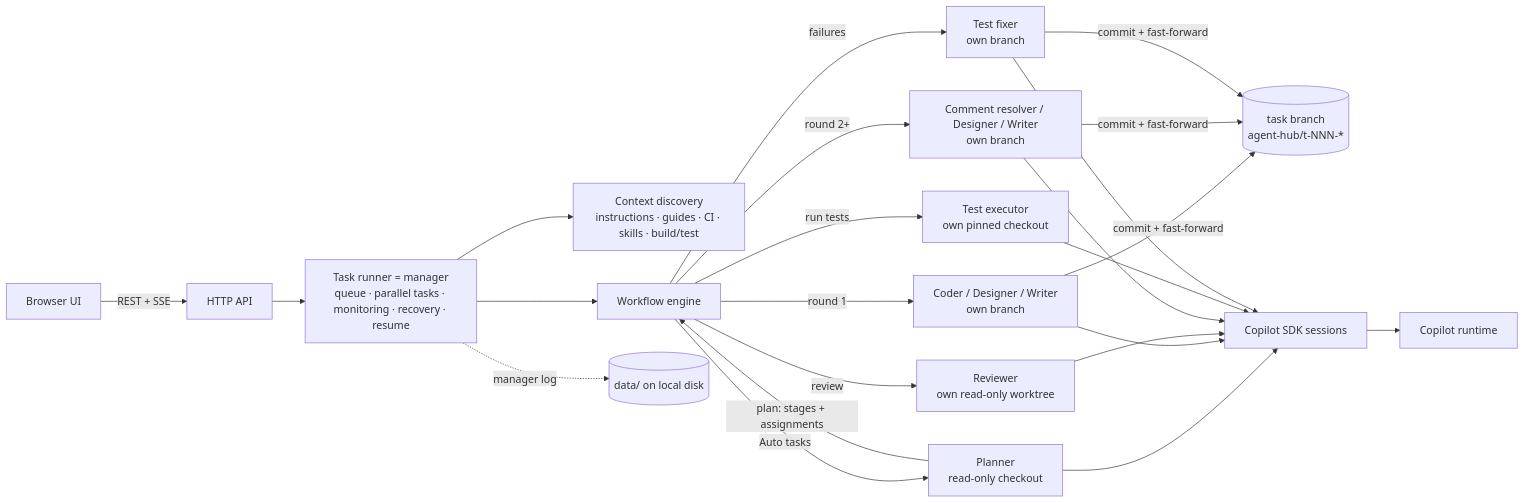
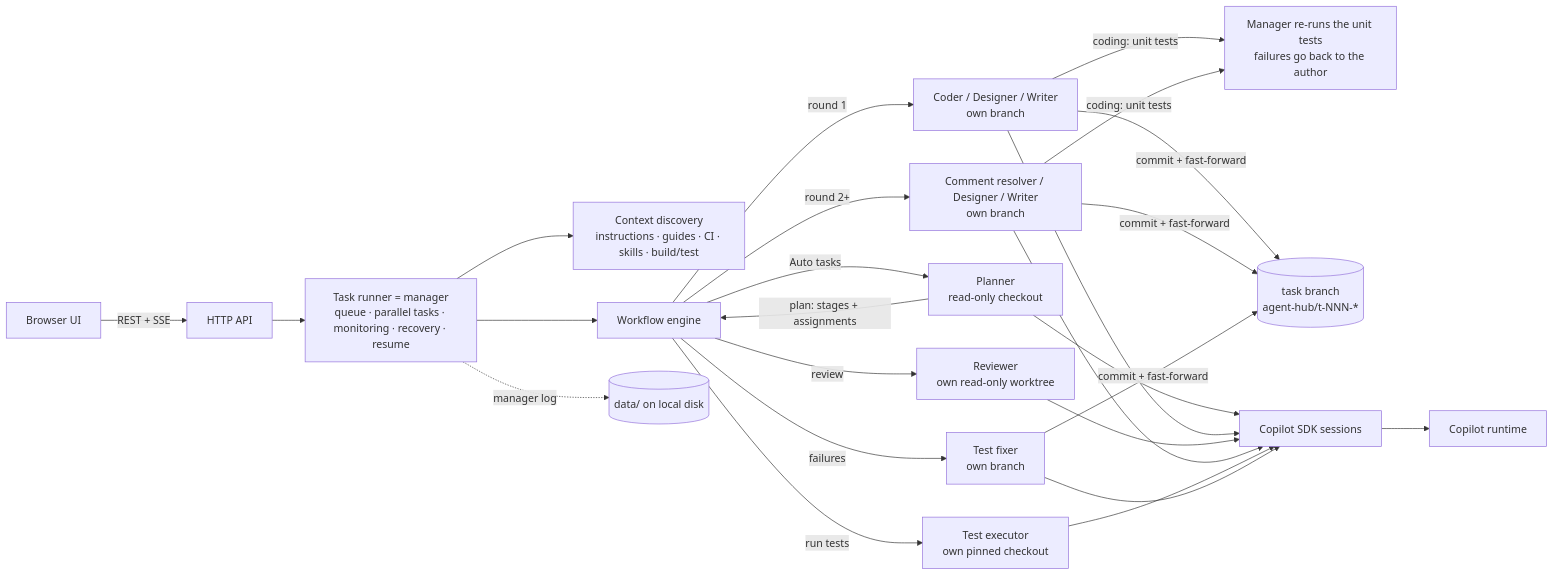
One commit to bingyuyin/WindowsVMAgent changed the diagram in agent-hub/README.md. Above: the diagram before and after it, drawn with Mermaid. The commit also changed other lines of this file and 16 other files, not shown here.

First line of the commit message:
Gate Agent Hub coding rounds on passing unit tests; isolate parallel tasks on one repository

````diff
--- a/agent-hub/README.md
+++ b/agent-hub/README.md
@@ -58,17 +58,18 @@
 ```mermaid
 flowchart LR
   UI[Browser UI] -- REST + SSE --> API[HTTP API]
   API --> Runner[Task runner = manager<br/>queue · parallel tasks · monitoring · recovery · resume]
   Runner --> Ctx[Context discovery<br/>instructions · guides · CI · skills · build/test]
   Runner --> Engine[Workflow engine]
   Engine -- Auto tasks --> P[Planner<br/>read-only checkout]
   P -- plan: stages + assignments --> Engine
   Engine -- round 1 --> C[Coder / Designer / Writer<br/>own branch]
+  C & F -- coding: unit tests --> UT[Manager re-runs the unit tests<br/>failures go back to the author]
   Engine -- review --> R[Reviewer<br/>own read-only worktree]
   Engine -- round 2+ --> F[Comment resolver / Designer / Writer<br/>own branch]
   Engine -- run tests --> X[Test executor<br/>own pinned checkout]
   Engine -- failures --> TF[Test fixer<br/>own branch]
   C & F & TF -- commit + fast-forward --> TB[(task branch<br/>agent-hub/t-NNN-*)]
   P & C & R & F & X & TF --> SDK[Copilot SDK sessions] --> RT[Copilot runtime]
   Runner -. manager log .-> Disk[(data/ on local disk)]
 ```
````
